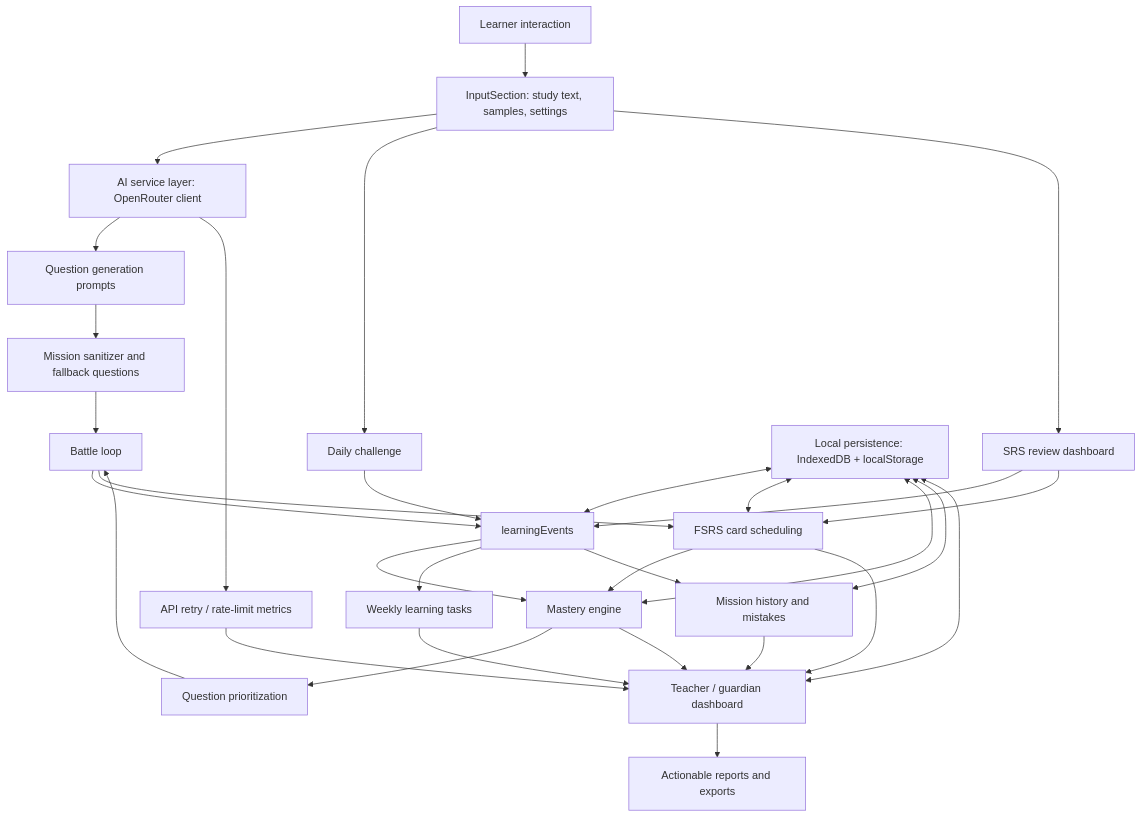
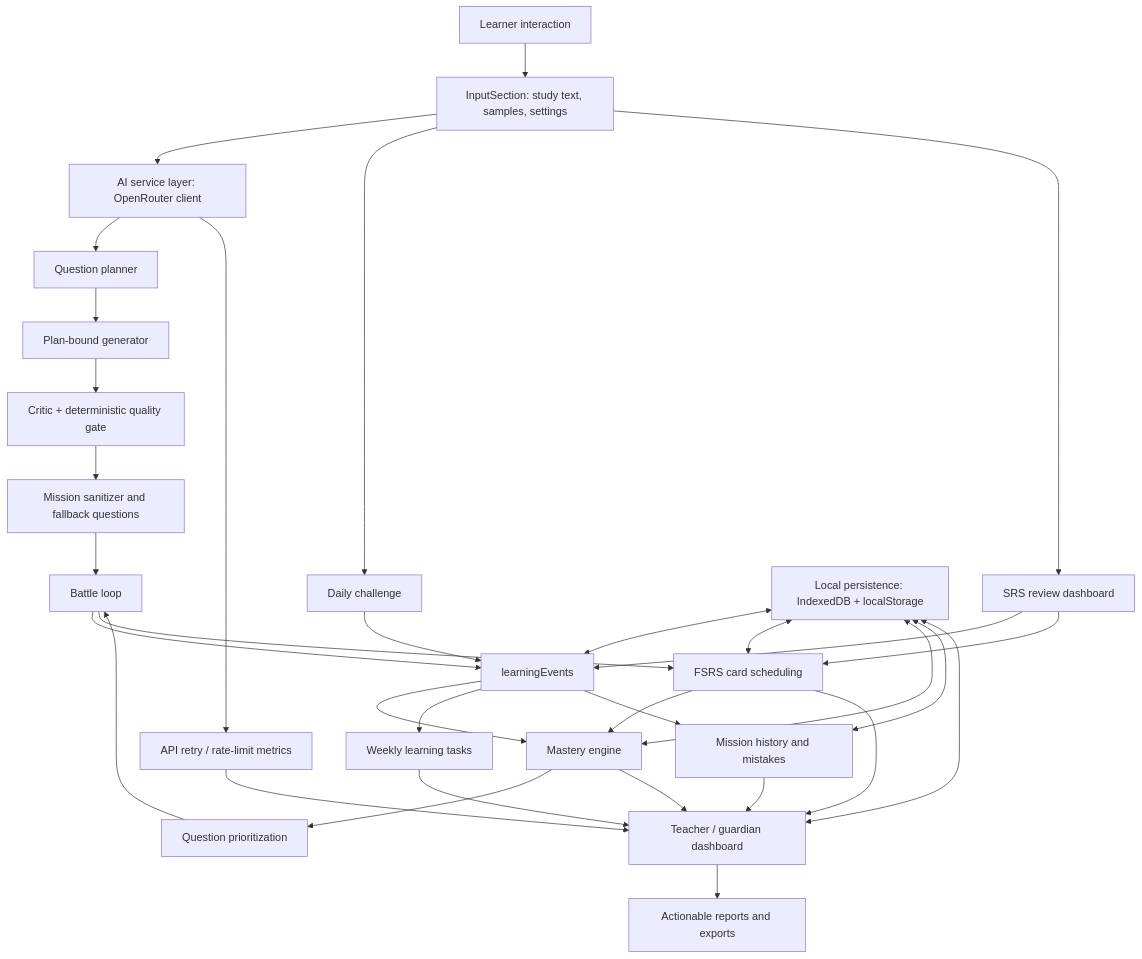
The diagram in README.md (runes780/word-quest-infinite-tome), drawn with Mermaid before and after one commit. The commit also changed other lines of this file and 44 other files, not shown here.

First line of the commit message:
feat: question quality pipeline (plan→generate→critique) + fallback safety net (#12)

````diff
--- a/README.md
+++ b/README.md
@@ -60,36 +62,38 @@
 ```mermaid
 flowchart TD
     Learner["Learner interaction"] --> Input["InputSection: study text, samples, settings"]
     Input --> AI["AI service layer: OpenRouter client"]
-    AI --> Generator["Question generation prompts"]
-    Generator --> Sanitizer["Mission sanitizer and fallback questions"]
+    AI --> Planner["Question planner"]
+    Planner --> Generator["Plan-bound generator"]
+    Generator --> Critic["Critic + deterministic quality gate"]
+    Critic --> Sanitizer["Mission sanitizer and fallback questions"]
     Sanitizer --> Battle["Battle loop"]
     Input --> Daily["Daily challenge"]
     Input --> SRS["SRS review dashboard"]
 
     Battle --> Events["learningEvents"]
     Daily --> Events
     SRS --> Events
     Battle --> FSRS["FSRS card scheduling"]
     SRS --> FSRS
     Events --> Mastery["Mastery engine"]
     FSRS --> Mastery
     Mastery --> Prioritization["Question prioritization"]
     Prioritization --> Battle
 
     Events --> Tasks["Weekly learning tasks"]
     Events --> History["Mission history and mistakes"]
     History --> Dashboard["Teacher / guardian dashboard"]
     FSRS --> Dashboard
     Mastery --> Dashboard
     Tasks --> Dashboard
     AI --> Metrics["API retry / rate-limit metrics"]
     Metrics --> Dashboard
     Dashboard --> Reports["Actionable reports and exports"]
 
     Persistence["Local persistence: IndexedDB + localStorage"] <--> Events
     Persistence <--> FSRS
     Persistence <--> Mastery
     Persistence <--> History
     Persistence <--> Dashboard
 ```
````
